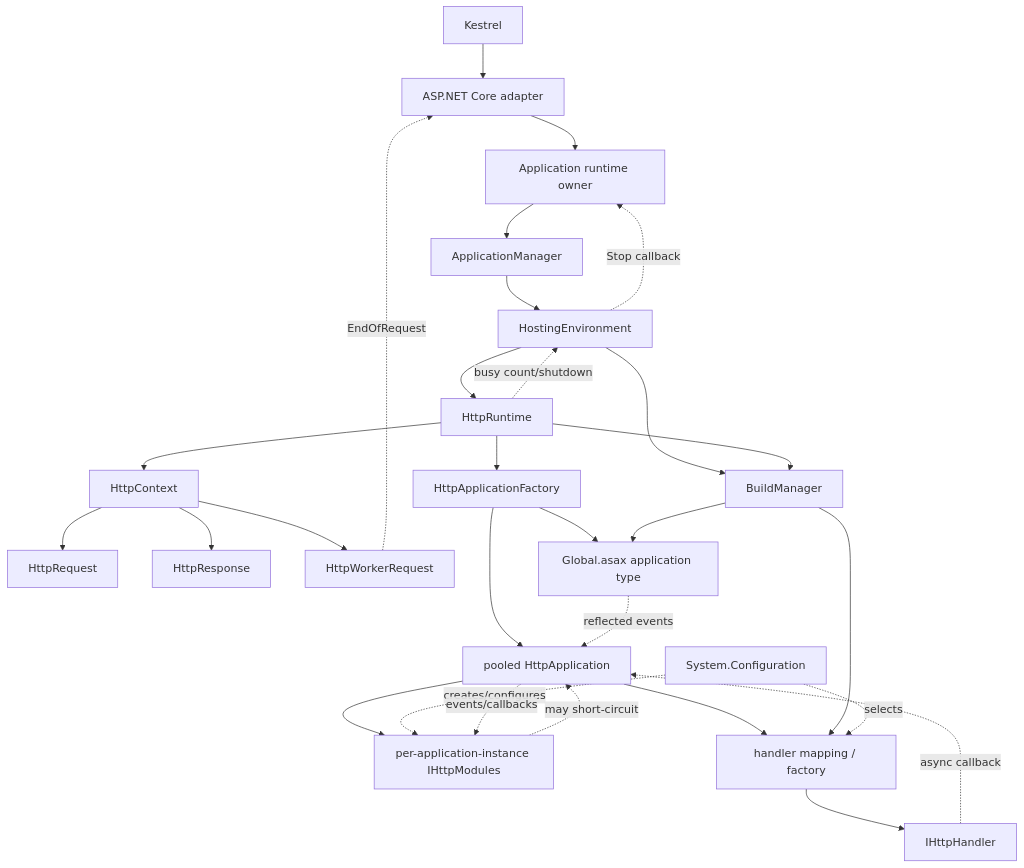
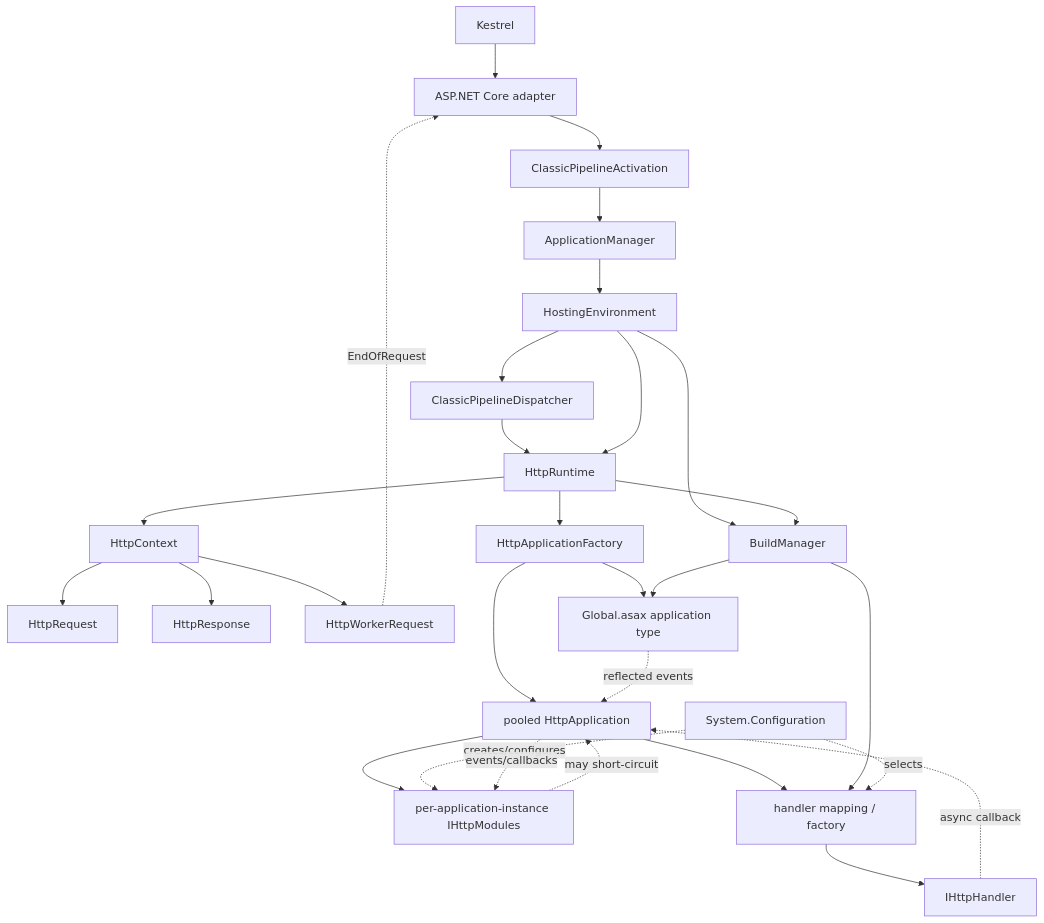
Before and after one commit to exfinder/rehost-web: the diagram in docs/classic-managed-runtime-model.md, drawn with Mermaid. The commit also changed other lines of this file and 130 other files, not shown here.

````diff
--- a/docs/classic-managed-runtime-model.md
+++ b/docs/classic-managed-runtime-model.md
@@ -23,31 +19,31 @@
 ```mermaid
 flowchart TD
     K[Kestrel] --> A[ASP.NET Core adapter]
-    A --> O[Application runtime owner]
-    O --> AM[ApplicationManager]
+    A --> CA[ClassicPipelineActivation]
+    CA --> AM[ApplicationManager]
     AM --> HE[HostingEnvironment]
-    HE --> HR[HttpRuntime]
+    HE --> D[ClassicPipelineDispatcher]
+    D --> HR[HttpRuntime]
+    HE --> HR
     HE --> BM[BuildManager]
     HR --> BM
     HR --> HC[HttpContext]
     HC --> HQ[HttpRequest]
     HC --> HS[HttpResponse]
     HC --> WR[HttpWorkerRequest]
     HR --> AF[HttpApplicationFactory]
     AF --> GA[Global.asax application type]
     AF --> HA[pooled HttpApplication]
     HA --> HM[per-application-instance IHttpModules]
     HA --> HF[handler mapping / factory]
     HF --> HH[IHttpHandler]
     BM --> GA
     BM --> HF
     CFG[System.Configuration] -. creates/configures .-> HM
     CFG -. selects .-> HF
     GA -. reflected events .-> HA
     HA -. events/callbacks .-> HM
     HM -. may short-circuit .-> HA
     HH -. async callback .-> HA
     WR -. EndOfRequest .-> A
-    HE -. Stop callback .-> O
-    HR -. busy count/shutdown .-> HE
 ```
````
